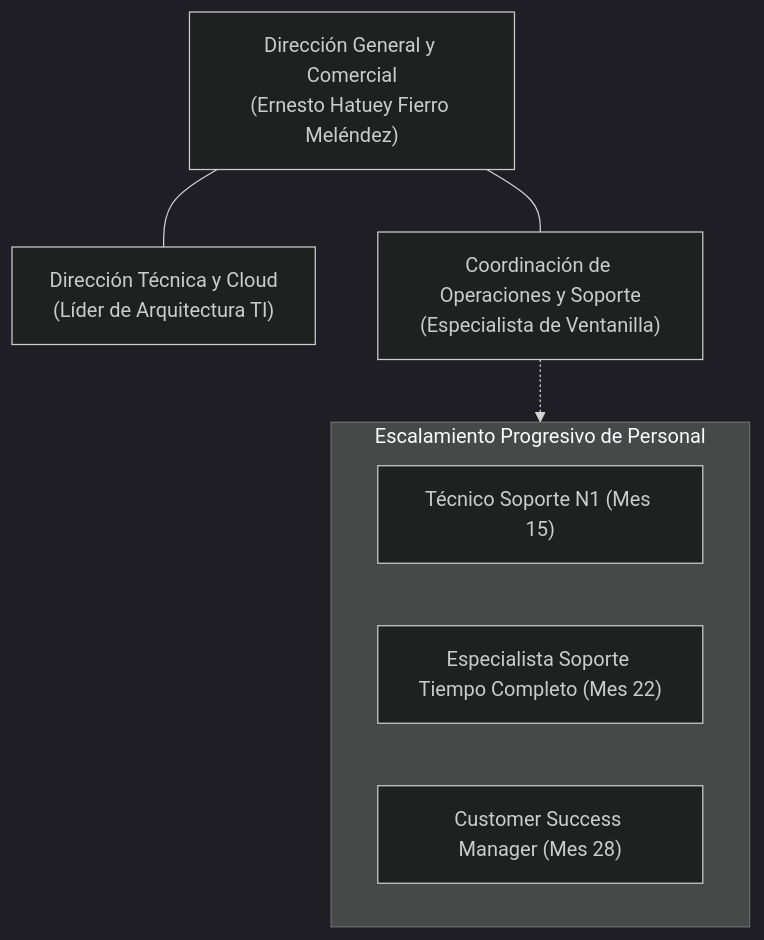
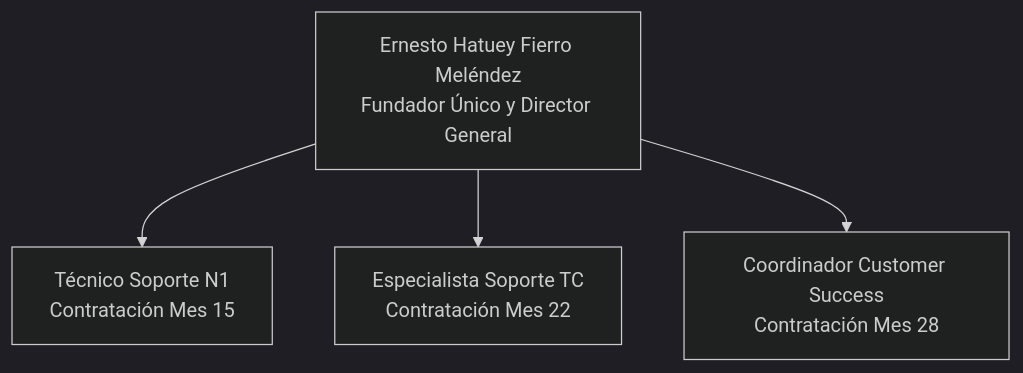
Before and after one commit to ErnestoFM/Inversion: the fourth of 7 diagrams in docs/Propuesta_Inversion_SIGRE_Corregida.md, drawn with Mermaid (dark theme). The commit also changed other lines of this file and 83 other files, not shown here.

````diff
--- a/docs/Propuesta_Inversion_SIGRE_Corregida.md
+++ b/docs/Propuesta_Inversion_SIGRE_Corregida.md
@@ -311,14 +201,7 @@
 ```mermaid
 graph TD
-    DG["Dirección General y Comercial<br>(Ernesto Hatuey Fierro Meléndez)"]
-    DT["Dirección Técnica y Cloud<br>(Líder de Arquitectura TI)"]
-    DO["Coordinación de Operaciones y Soporte<br>(Especialista de Ventanilla)"]
-    DG --- DT
-    DG --- DO
-    subgraph EscalamientoAño2y3["Escalamiento Progresivo de Personal"]
-        S1["Técnico Soporte N1 (Mes 15)"]
-        S2["Especialista Soporte Tiempo Completo (Mes 22)"]
-        S3["Customer Success Manager (Mes 28)"]
-    end
-    DO -.-> EscalamientoAño2y3
+    Fundador[Ernesto Hatuey Fierro Meléndez<br>Fundador Único y Director General]
+    Fundador --> Support[Técnico Soporte N1<br>Contratación Mes 15]
+    Fundador --> Tech[Especialista Soporte TC<br>Contratación Mes 22]
+    Fundador --> CS[Coordinador Customer Success<br>Contratación Mes 28]
 ```
````
